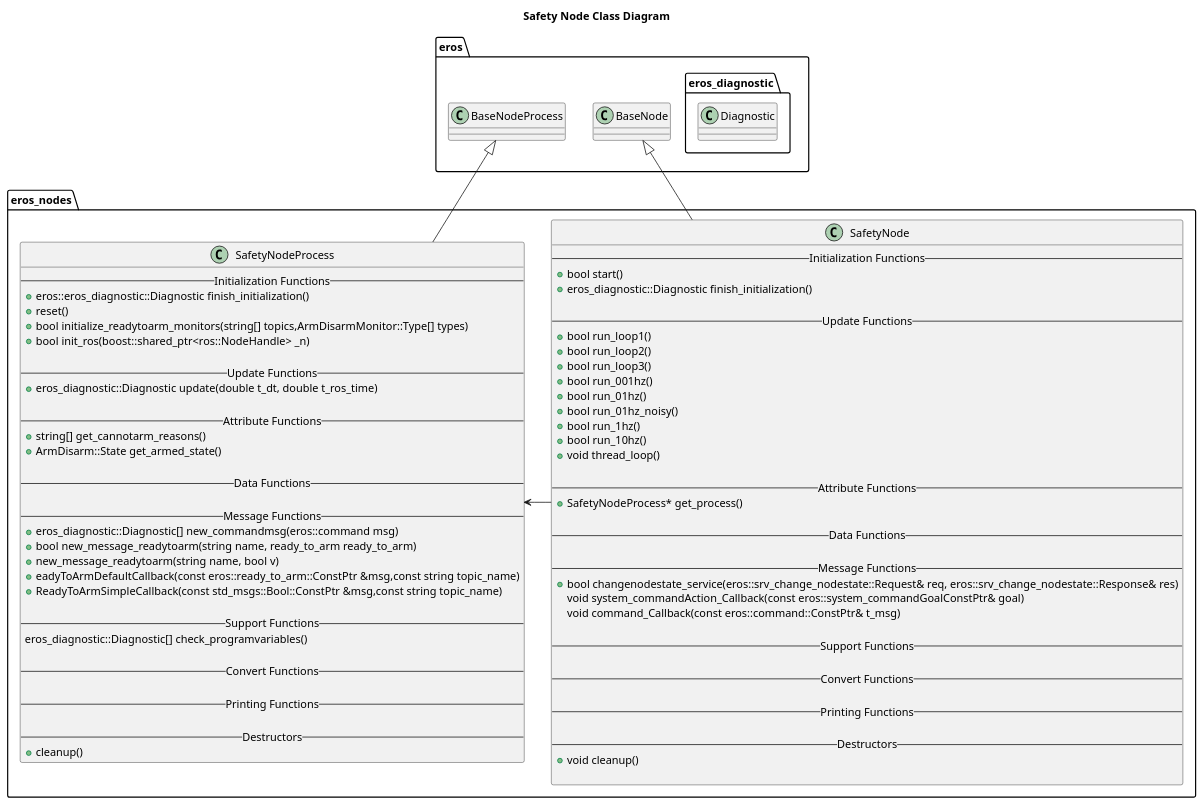
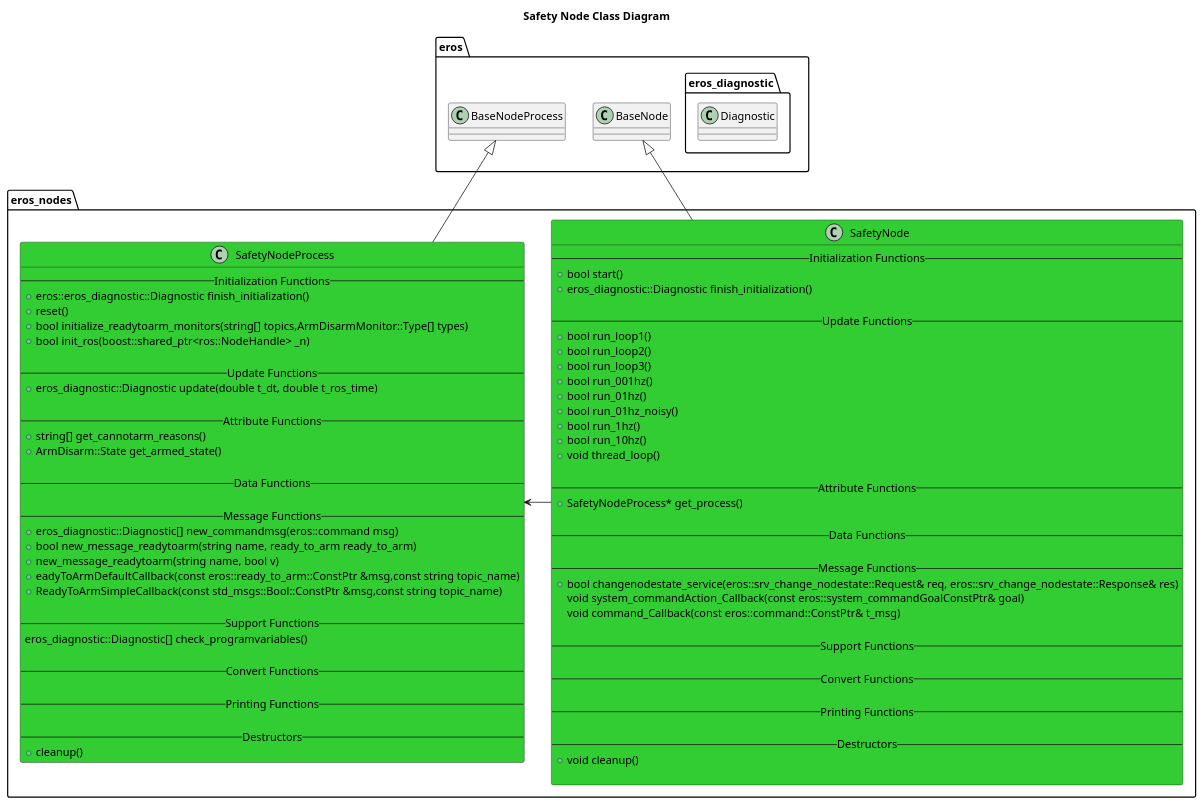
One commit to dgitz/eros changed the diagram in nodes/SafetyNode/doc/SafetyNodeClassDiagram.puml. Above: the diagram before and after it, drawn with PlantUML. The commit also changed 8 other files, not shown here.

Commit message:
Added class diagrams for all nodes.

```diff
--- a/nodes/SafetyNode/doc/SafetyNodeClassDiagram.puml
+++ b/nodes/SafetyNode/doc/SafetyNodeClassDiagram.puml
@@ -1,86 +1,86 @@
 @startuml
 title Safety Node Class Diagram
 package eros {
     class BaseNode
     class BaseNodeProcess
     namespace eros_diagnostic {
         class Diagnostic
     }
 }
 namespace eros_nodes {
-    class SafetyNode {
+    class SafetyNode #LimeGreen {
         -- Initialization Functions --
         +bool start()
         +eros_diagnostic::Diagnostic finish_initialization()
         
         -- Update Functions --
         +bool run_loop1()
         +bool run_loop2()
         +bool run_loop3()
         +bool run_001hz()
         +bool run_01hz()
         +bool run_01hz_noisy()
         +bool run_1hz()
         +bool run_10hz()
         +void thread_loop()
 
         -- Attribute Functions --
         +SafetyNodeProcess* get_process()
 
         -- Data Functions --
 
         -- Message Functions --
         +bool changenodestate_service(eros::srv_change_nodestate::Request& req, eros::srv_change_nodestate::Response& res)
         void system_commandAction_Callback(const eros::system_commandGoalConstPtr& goal)
         void command_Callback(const eros::command::ConstPtr& t_msg)
 
         -- Support Functions --
 
         -- Convert Functions --
         
         -- Printing Functions --
 
         -- Destructors --
         +void cleanup()
     
     }
-    class SafetyNodeProcess {
+    class SafetyNodeProcess #LimeGreen {
         -- Initialization Functions --
         +eros::eros_diagnostic::Diagnostic finish_initialization()
         +reset()
         +bool initialize_readytoarm_monitors(string[] topics,ArmDisarmMonitor::Type[] types)
         +bool init_ros(boost::shared_ptr<ros::NodeHandle> _n)
 
         -- Update Functions --
         +eros_diagnostic::Diagnostic update(double t_dt, double t_ros_time)
 
         -- Attribute Functions --
         +string[] get_cannotarm_reasons()
         +ArmDisarm::State get_armed_state()
 
         -- Data Functions --
 
         -- Message Functions --
         +eros_diagnostic::Diagnostic[] new_commandmsg(eros::command msg)
         +bool new_message_readytoarm(string name, ready_to_arm ready_to_arm)
         +new_message_readytoarm(string name, bool v)
         +eadyToArmDefaultCallback(const eros::ready_to_arm::ConstPtr &msg,const string topic_name)
         +ReadyToArmSimpleCallback(const std_msgs::Bool::ConstPtr &msg,const string topic_name)
 
         -- Support Functions --
         eros_diagnostic::Diagnostic[] check_programvariables()
 
         -- Convert Functions --
         
         -- Printing Functions --
 
         -- Destructors --
         +cleanup()
     }
 
     BaseNode <|-- SafetyNode
     BaseNodeProcess <|-- SafetyNodeProcess
     SafetyNode -> SafetyNodeProcess 
 }
 
 @enduml
```
